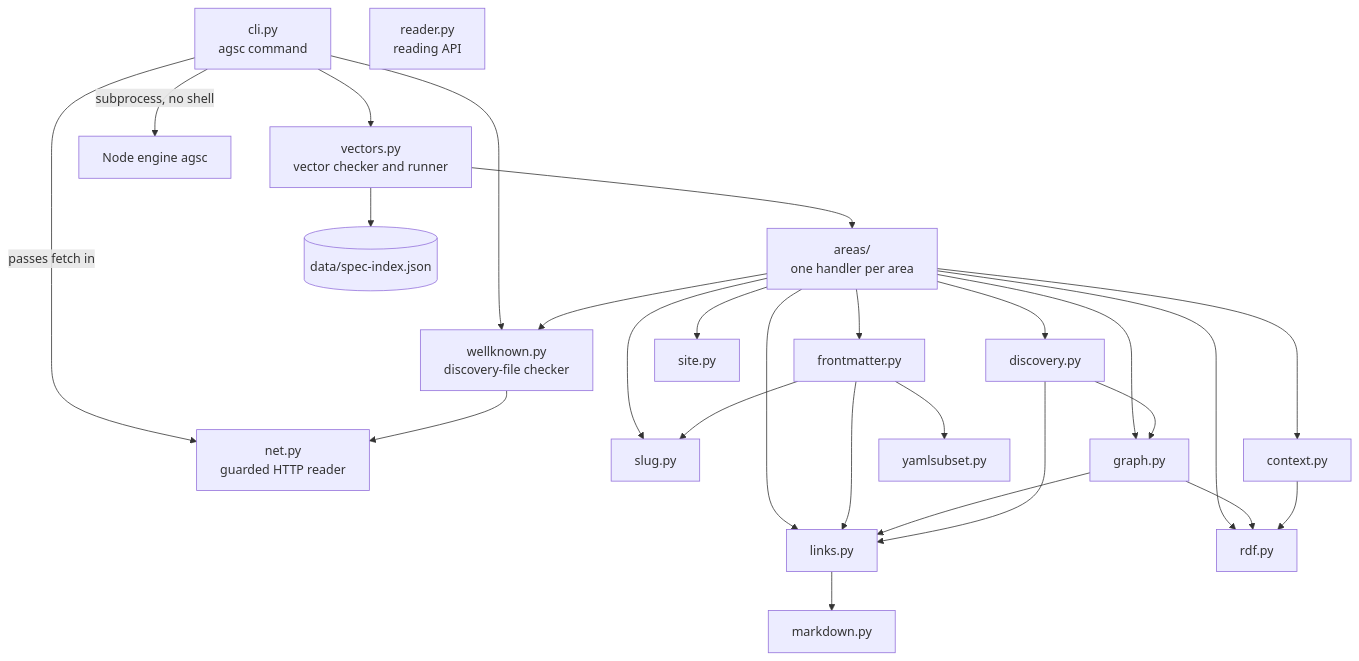
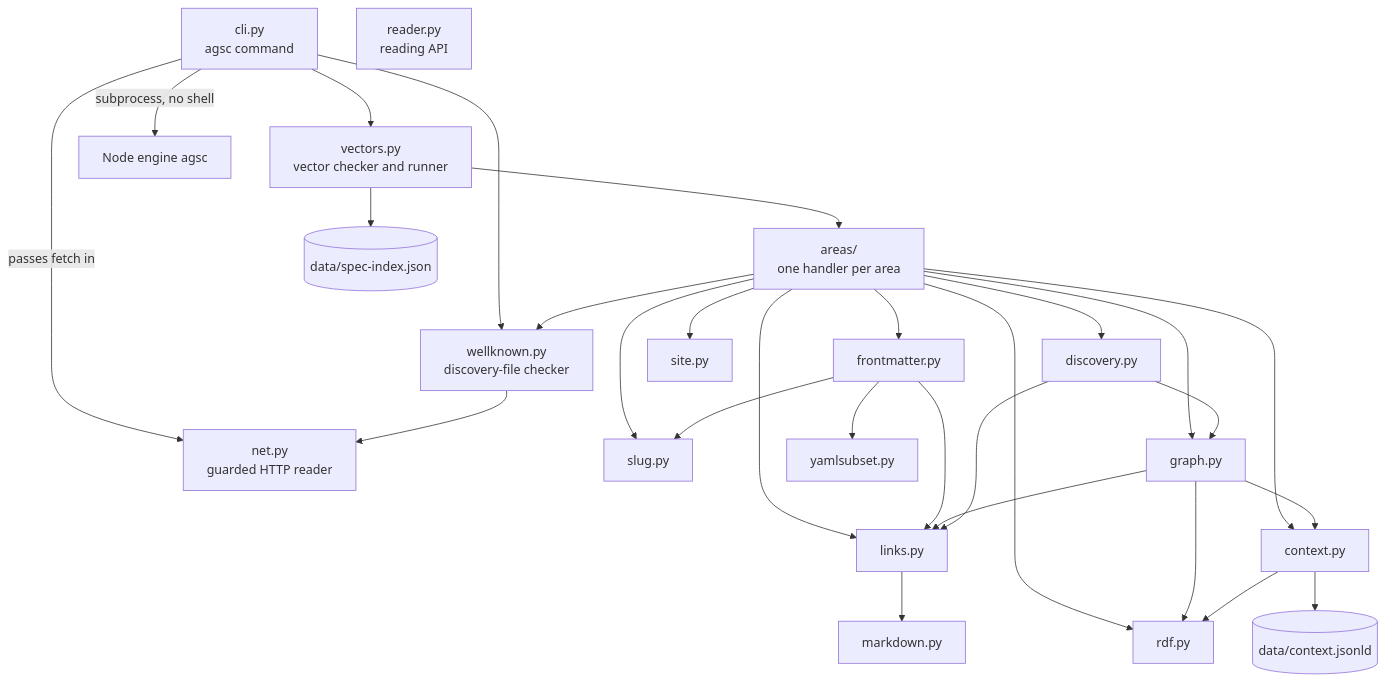
The second of 3 diagrams in docs/ARCHITECTURE.md (andreibesleaga/agentic-system-core-python), drawn with Mermaid before and after one commit. The commit also changed other lines of this file and 25 other files, not shown here.

Commit message:
1.1 B10-WP1: graph.jsonld writer with the per-item files (graph-0028 runs), a check of build-0020 to build-0028 over the engine's build, the sdist ships SECURITY.md, AGSC_ENGINE_DIR names the engine checkout for the suite

````diff
--- a/docs/ARCHITECTURE.md
+++ b/docs/ARCHITECTURE.md
@@ -35,32 +35,34 @@
 ```mermaid
 flowchart TD
     cli["cli.py<br/>agsc command"] --> wellknown["wellknown.py<br/>discovery-file checker"]
     cli --> vectors["vectors.py<br/>vector checker and runner"]
     cli -->|"passes fetch in"| net
     cli -->|"subprocess, no shell"| node["Node engine agsc"]
     wellknown --> net["net.py<br/>guarded HTTP reader"]
     vectors --> areas["areas/<br/>one handler per area"]
     vectors --> index[("data/spec-index.json")]
+    context --> published[("data/context.jsonld")]
 
     areas --> frontmatter["frontmatter.py"]
     areas --> slug["slug.py"]
     areas --> links["links.py"]
     areas --> graphmod["graph.py"]
     areas --> context["context.py"]
     areas --> discovery["discovery.py"]
     areas --> site["site.py"]
     areas --> wellknown
     areas --> rdf
 
     frontmatter --> yamlsubset["yamlsubset.py"]
     frontmatter --> slug
     frontmatter --> links
     links --> markdown["markdown.py"]
     graphmod --> links
     graphmod --> rdf["rdf.py"]
+    graphmod --> context
     context --> rdf
     discovery --> graphmod
     discovery --> links
 
     reader["reader.py<br/>reading API"]
 ```
````
